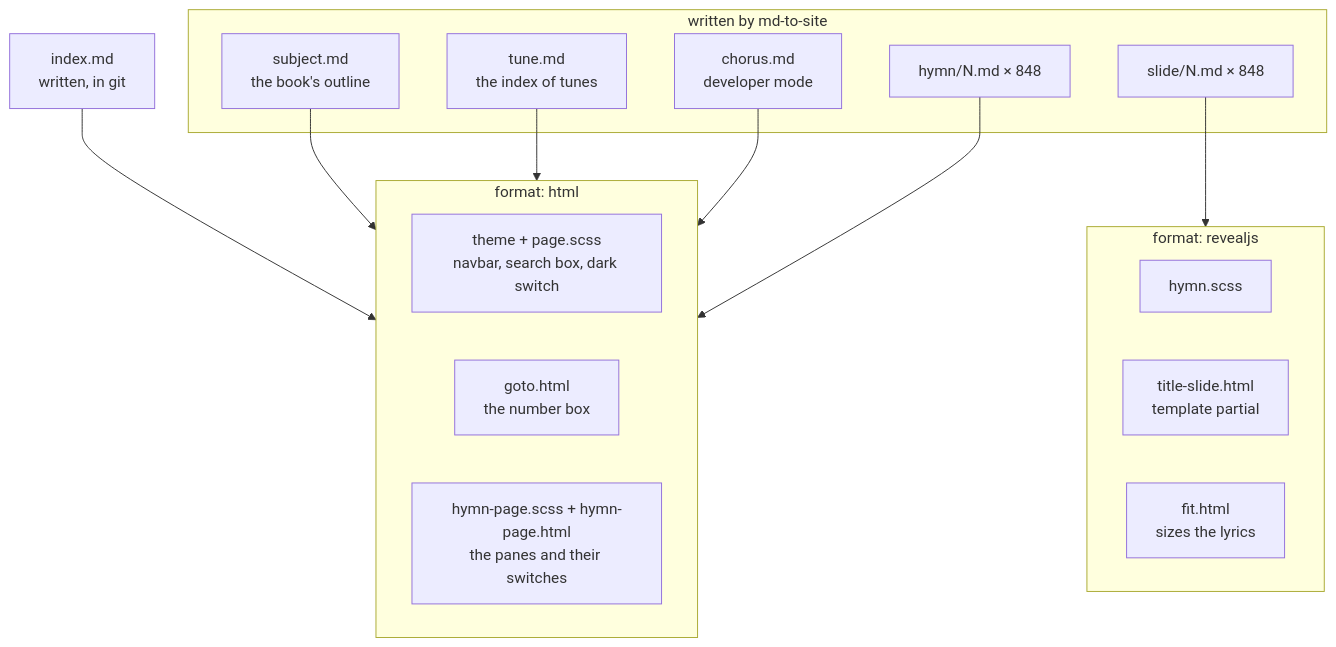
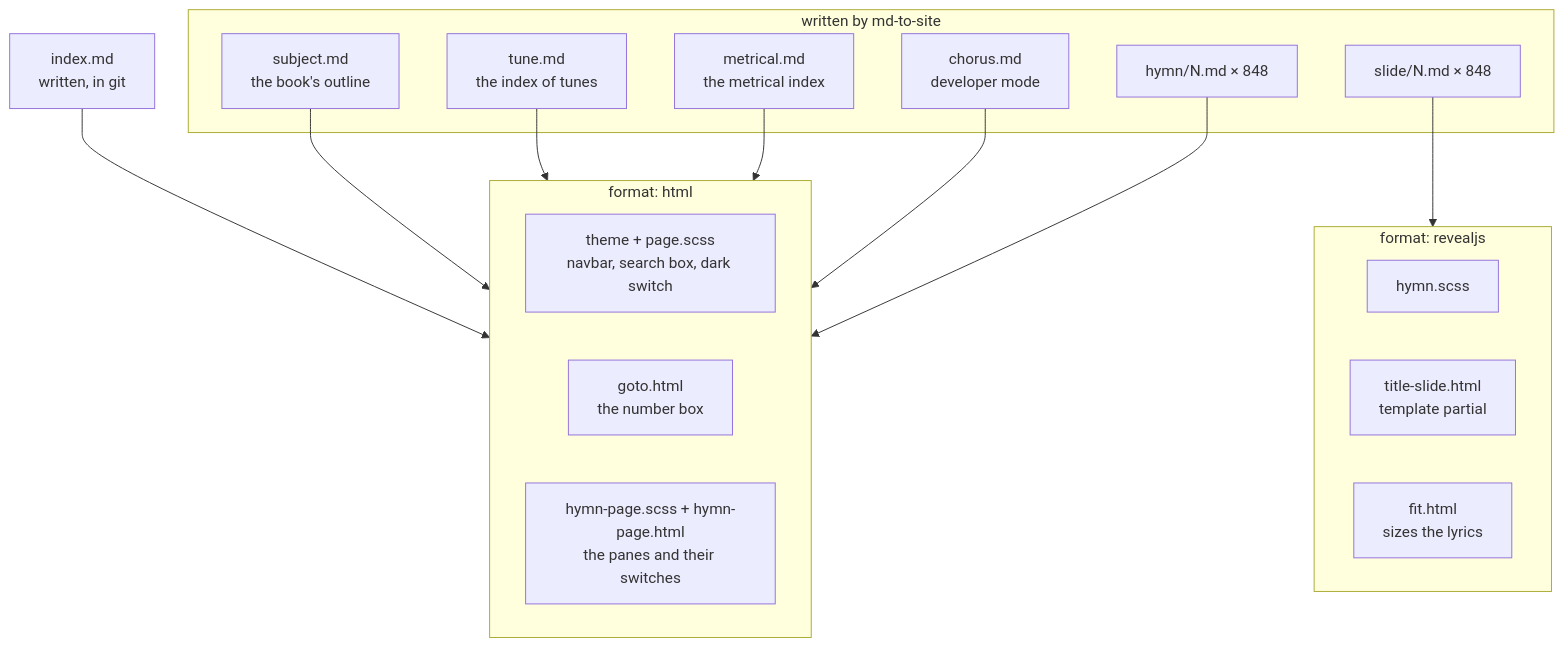
Before and after one commit to ickc/selected-hymns-and-songs: the second of 3 diagrams in DEVELOPER.md, drawn with Mermaid. The commit also changed other lines of this file and 10 other files, not shown here.

````diff
--- a/DEVELOPER.md
+++ b/DEVELOPER.md
@@ -518,31 +569,33 @@
 ```mermaid
 flowchart TD
   idx["index.md<br/>written, in git"]
 
   subgraph gen["written by md-to-site"]
     sub["subject.md<br/>the book's outline"]
     tun["tune.md<br/>the index of tunes"]
+    met["metrical.md<br/>the metrical index"]
     chr["chorus.md<br/>developer mode"]
     dck["slide/N.md × 848"]
     pge["hymn/N.md × 848"]
   end
 
   subgraph fmt_html["format: html"]
     theme["theme + page.scss<br/>navbar, search box, dark switch"]
     goto["goto.html<br/>the number box"]
     hpg["hymn-page.scss + hymn-page.html<br/>the panes and their switches"]
   end
 
   subgraph fmt_reveal["format: revealjs"]
     scss["hymn.scss"]
     tsl["title-slide.html<br/>template partial"]
     fit["fit.html<br/>sizes the lyrics"]
   end
 
   idx --> fmt_html
   sub --> fmt_html
   tun --> fmt_html
+  met --> fmt_html
   chr --> fmt_html
   pge --> fmt_html
   dck --> fmt_reveal
 ```
````
